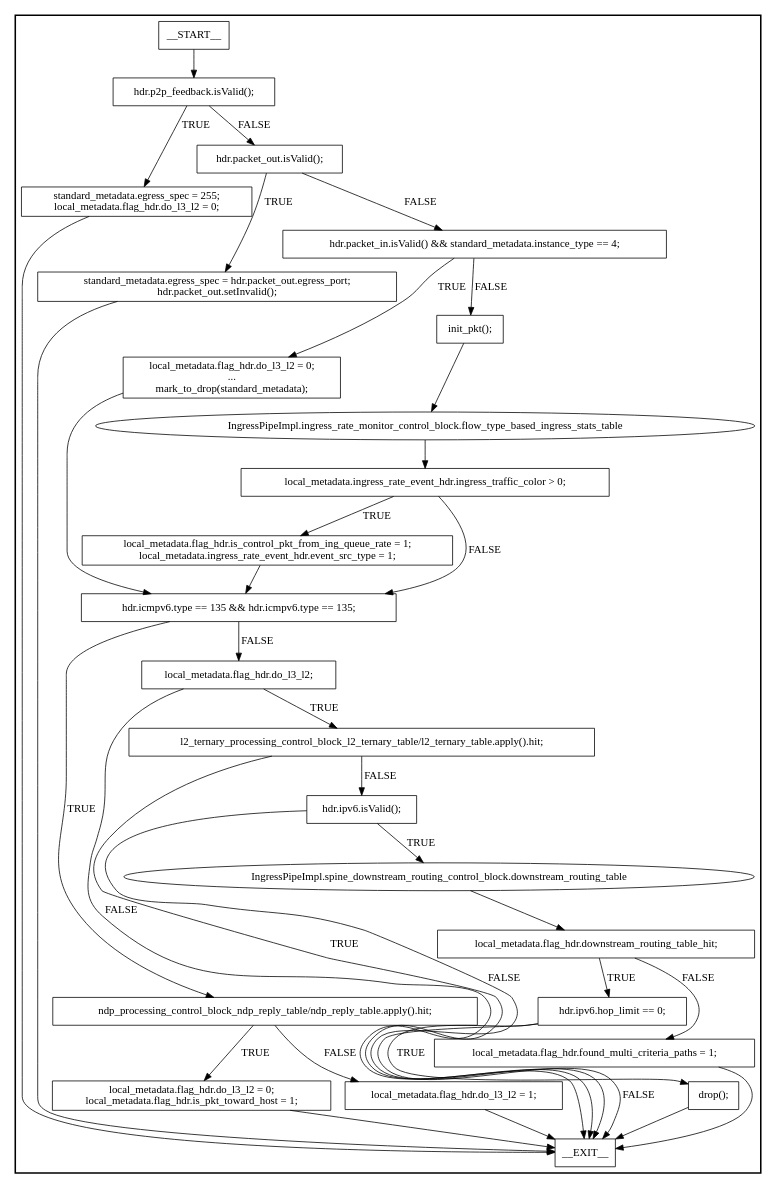
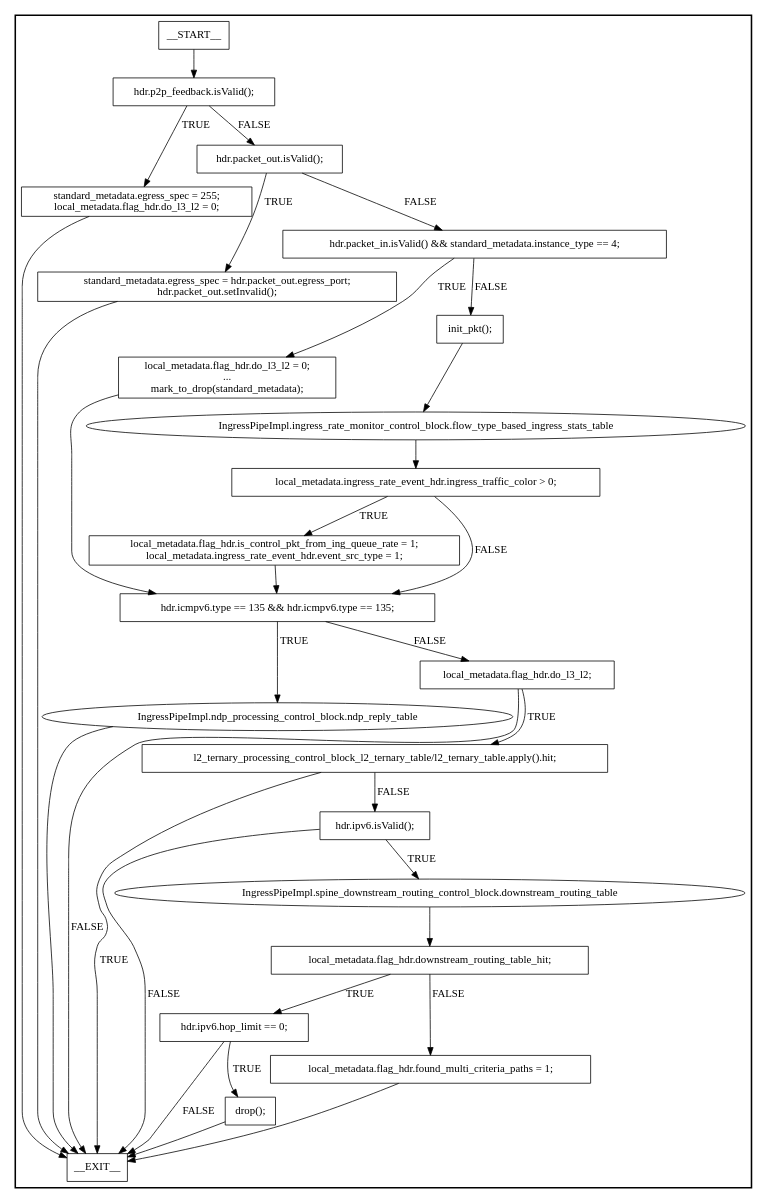
Before and after one commit to drobinkent/P4TE_UPTO_ELSEVIER_CN_REVISION_1: the diagram in p4src/graphs/spine/IngressPipeImpl.dot, drawn with Graphviz. The commit also changed 11 other files, not shown here.

```diff
--- a/p4src/graphs/spine/IngressPipeImpl.dot
+++ b/p4src/graphs/spine/IngressPipeImpl.dot
@@ -1,70 +1,64 @@
 digraph IngressPipeImpl {
 subgraph cluster {
 graph [
 label="", labeljust=r, style=bold];
 0[label=__START__, margin="", shape=rectangle, style=solid];
 1[label=__EXIT__, margin="", shape=rectangle, style=solid];
 2[label="hdr.p2p_feedback.isValid();", margin="", shape=rectangle, style=solid];
 3[label="standard_metadata.egress_spec = 255;
 local_metadata.flag_hdr.do_l3_l2 = 0;", margin="", shape=rectangle, style=solid];
 4[label="hdr.packet_out.isValid();", margin="", shape=rectangle, style=solid];
 5[label="standard_metadata.egress_spec = hdr.packet_out.egress_port;
 hdr.packet_out.setInvalid();", margin="", shape=rectangle, style=solid];
 6[label="hdr.packet_in.isValid() && standard_metadata.instance_type == 4;", margin="", shape=rectangle, style=solid];
 7[label="local_metadata.flag_hdr.do_l3_l2 = 0;
 ...
 mark_to_drop(standard_metadata);", margin="", shape=rectangle, style=solid];
 8[label="init_pkt();", margin="", shape=rectangle, style=solid];
 9[label="IngressPipeImpl.ingress_rate_monitor_control_block.flow_type_based_ingress_stats_table", margin="", shape=ellipse, style=solid];
 10[label="local_metadata.ingress_rate_event_hdr.ingress_traffic_color > 0;", margin="", shape=rectangle, style=solid];
 11[label="local_metadata.flag_hdr.is_control_pkt_from_ing_queue_rate = 1;
 local_metadata.ingress_rate_event_hdr.event_src_type = 1;", margin="", shape=rectangle, style=solid];
 12[label="hdr.icmpv6.type == 135 && hdr.icmpv6.type == 135;", margin="", shape=rectangle, style=solid];
-13[label="ndp_processing_control_block_ndp_reply_table/ndp_reply_table.apply().hit;", margin="", shape=rectangle, style=solid];
-14[label="local_metadata.flag_hdr.do_l3_l2 = 0;
-local_metadata.flag_hdr.is_pkt_toward_host = 1;", margin="", shape=rectangle, style=solid];
-15[label="local_metadata.flag_hdr.do_l3_l2 = 1;", margin="", shape=rectangle, style=solid];
-16[label="local_metadata.flag_hdr.do_l3_l2;", margin="", shape=rectangle, style=solid];
-17[label="l2_ternary_processing_control_block_l2_ternary_table/l2_ternary_table.apply().hit;", margin="", shape=rectangle, style=solid];
-18[label="hdr.ipv6.isValid();", margin="", shape=rectangle, style=solid];
-19[label="IngressPipeImpl.spine_downstream_routing_control_block.downstream_routing_table", margin="", shape=ellipse, style=solid];
-20[label="local_metadata.flag_hdr.downstream_routing_table_hit;", margin="", shape=rectangle, style=solid];
-21[label="hdr.ipv6.hop_limit == 0;", margin="", shape=rectangle, style=solid];
-22[label="drop();", margin="", shape=rectangle, style=solid];
-23[label="local_metadata.flag_hdr.found_multi_criteria_paths = 1;", margin="", shape=rectangle, style=solid];
+13[label="IngressPipeImpl.ndp_processing_control_block.ndp_reply_table", margin="", shape=ellipse, style=solid];
+14[label="local_metadata.flag_hdr.do_l3_l2;", margin="", shape=rectangle, style=solid];
+15[label="l2_ternary_processing_control_block_l2_ternary_table/l2_ternary_table.apply().hit;", margin="", shape=rectangle, style=solid];
+16[label="hdr.ipv6.isValid();", margin="", shape=rectangle, style=solid];
+17[label="IngressPipeImpl.spine_downstream_routing_control_block.downstream_routing_table", margin="", shape=ellipse, style=solid];
+18[label="local_metadata.flag_hdr.downstream_routing_table_hit;", margin="", shape=rectangle, style=solid];
+19[label="hdr.ipv6.hop_limit == 0;", margin="", shape=rectangle, style=solid];
+20[label="drop();", margin="", shape=rectangle, style=solid];
+21[label="local_metadata.flag_hdr.found_multi_criteria_paths = 1;", margin="", shape=rectangle, style=solid];
 0 -> 2[label=""];
 2 -> 3[label=TRUE];
 2 -> 4[label=FALSE];
 3 -> 1[label=""];
 4 -> 5[label=TRUE];
 4 -> 6[label=FALSE];
 5 -> 1[label=""];
 6 -> 7[label=TRUE];
 6 -> 8[label=FALSE];
 7 -> 12[label=""];
 8 -> 9[label=""];
 9 -> 10[label=""];
 10 -> 11[label=TRUE];
 10 -> 12[label=FALSE];
 11 -> 12[label=""];
 12 -> 13[label=TRUE];
-12 -> 16[label=FALSE];
-13 -> 14[label=TRUE];
-13 -> 15[label=FALSE];
-14 -> 1[label=""];
-15 -> 1[label=""];
+12 -> 14[label=FALSE];
+13 -> 1[label=""];
+14 -> 15[label=TRUE];
+14 -> 1[label=FALSE];
+15 -> 1[label=TRUE];
+15 -> 16[label=FALSE];
 16 -> 17[label=TRUE];
 16 -> 1[label=FALSE];
-17 -> 1[label=TRUE];
-17 -> 18[label=FALSE];
+17 -> 18[label=""];
 18 -> 19[label=TRUE];
-18 -> 1[label=FALSE];
-19 -> 20[label=""];
-20 -> 21[label=TRUE];
-20 -> 23[label=FALSE];
-21 -> 22[label=TRUE];
-21 -> 1[label=FALSE];
-22 -> 1[label=""];
-23 -> 1[label=""];
+18 -> 21[label=FALSE];
+19 -> 20[label=TRUE];
+19 -> 1[label=FALSE];
+20 -> 1[label=""];
+21 -> 1[label=""];
 }
 }
```
